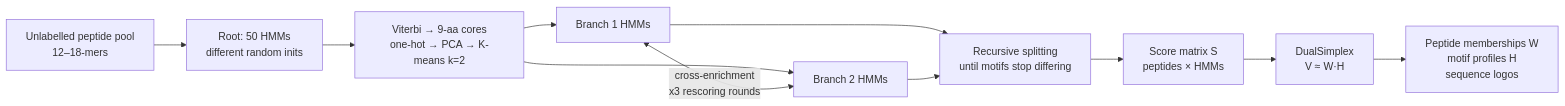
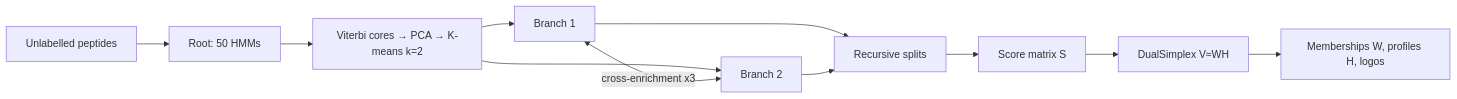
One commit to Annaknowshowtocode/HMM-peptide-motif-deconvolution changed the diagram in README.md. Above: the diagram before and after it, drawn with Mermaid. The commit also changed other lines of this file, not shown here.

````diff
--- a/README.md
+++ b/README.md
@@ -28,13 +15,13 @@
 ```mermaid
 flowchart LR
-    A[Unlabelled peptide pool<br/>12–18-mers] --> B[Root: 50 HMMs<br/>different random inits]
-    B --> C[Viterbi → 9-aa cores<br/>one-hot → PCA → K-means k=2]
-    C --> D[Branch 1 HMMs]
-    C --> E[Branch 2 HMMs]
-    D <-->|cross-enrichment<br/>x3 rescoring rounds| E
-    D --> F[Recursive splitting<br/>until motifs stop differing]
+    A[Unlabelled peptides] --> B[Root: 50 HMMs]
+    B --> C[Viterbi cores → PCA → K-means k=2]
+    C --> D[Branch 1]
+    C --> E[Branch 2]
+    D <-->|cross-enrichment x3| E
+    D --> F[Recursive splits]
     E --> F
-    F --> G[Score matrix S<br/>peptides × HMMs]
-    G --> H[DualSimplex<br/>V ≈ W·H]
-    H --> I[Peptide memberships W<br/>motif profiles H<br/>sequence logos]
+    F --> G[Score matrix S]
+    G --> H[DualSimplex V≈WH]
+    H --> I[Memberships W, profiles H, logos]
 ```
````
